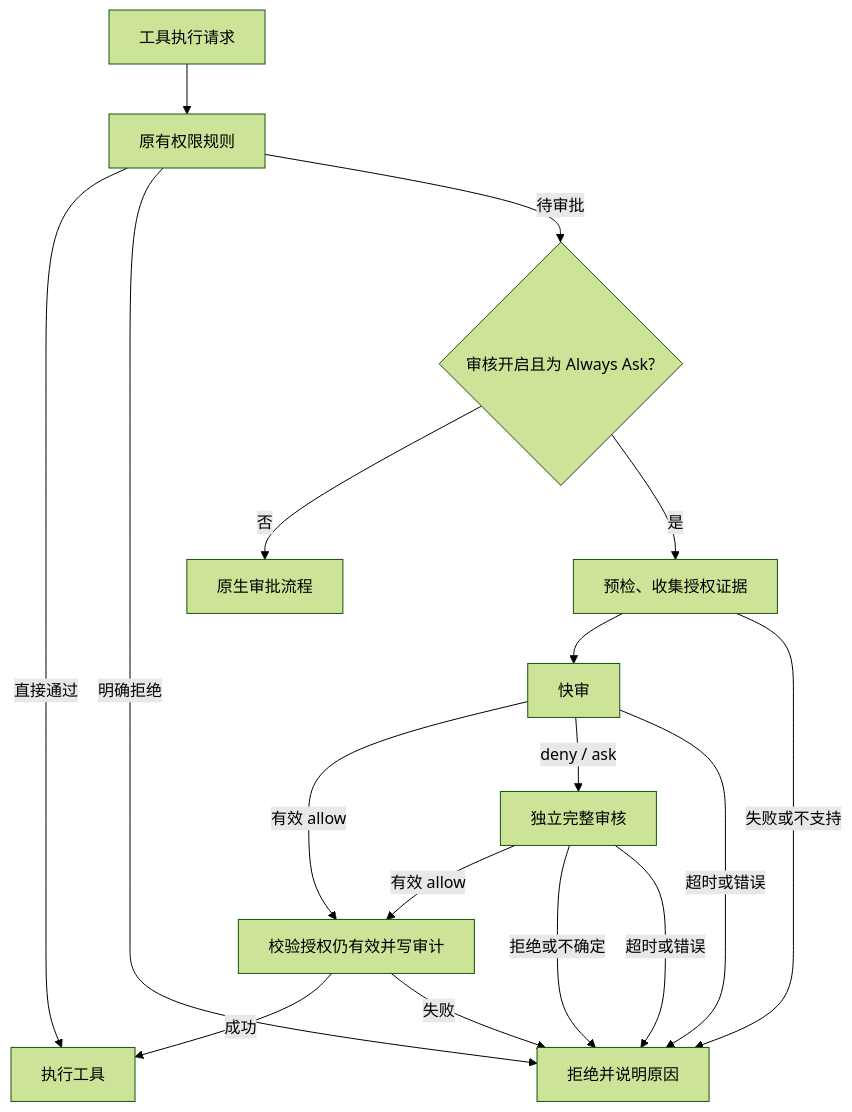
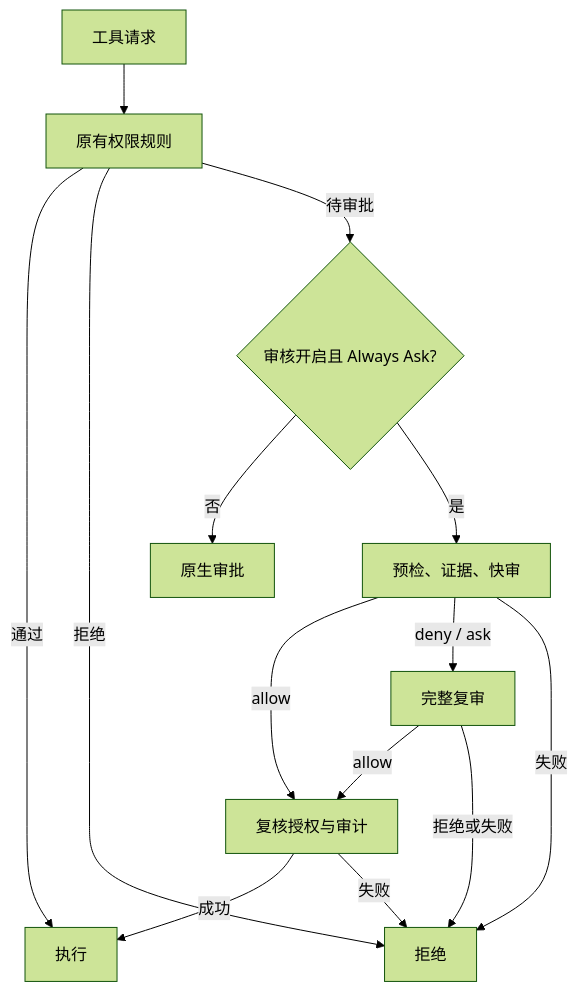
One commit to FrostNovaOrg/AutoKimi changed the diagram in docs/architecture.md. Above: the diagram before and after it, drawn with Mermaid (forest theme). The commit also changed other lines of this file and 12 other files, not shown here.

````diff
--- a/docs/architecture.md
+++ b/docs/architecture.md
@@ -3,19 +3,16 @@
 ```mermaid
 flowchart TD
-  A[工具执行请求] --> B[原有权限规则]
-  B -->|直接通过| X[执行工具]
-  B -->|明确拒绝| D[拒绝并说明原因]
-  B -->|待审批| C{审核开启且为 Always Ask?}
-  C -->|否| H[原生审批流程]
-  C -->|是| P[预检、收集授权证据]
-  P --> F[快审]
-  F -->|有效 allow| V[校验授权仍有效并写审计]
-  F -->|deny / ask| R[独立完整审核]
-  R -->|有效 allow| V
-  R -->|拒绝或不确定| D
-  P -->|失败或不支持| D
-  F -->|超时或错误| D
-  R -->|超时或错误| D
+  A[工具请求] --> B[原有权限规则]
+  B -->|通过| X[执行]
+  B -->|拒绝| D[拒绝]
+  B -->|待审批| C{审核开启且 Always Ask?}
+  C -->|否| H[原生审批]
+  C -->|是| F[预检、证据、快审]
+  F -->|allow| V[复核授权与审计]
+  F -->|deny / ask| R[完整复审]
+  R -->|allow| V
   V -->|成功| X
+  F -->|失败| D
+  R -->|拒绝或失败| D
   V -->|失败| D
 ```
````
